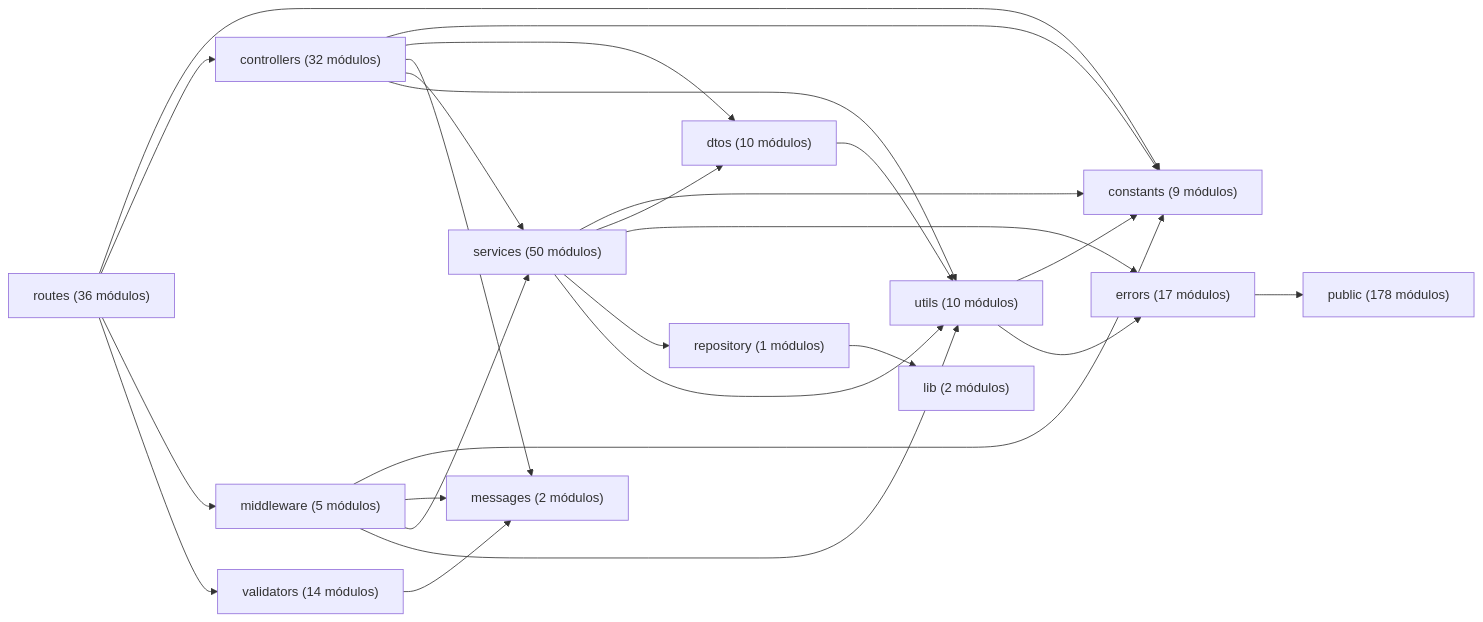
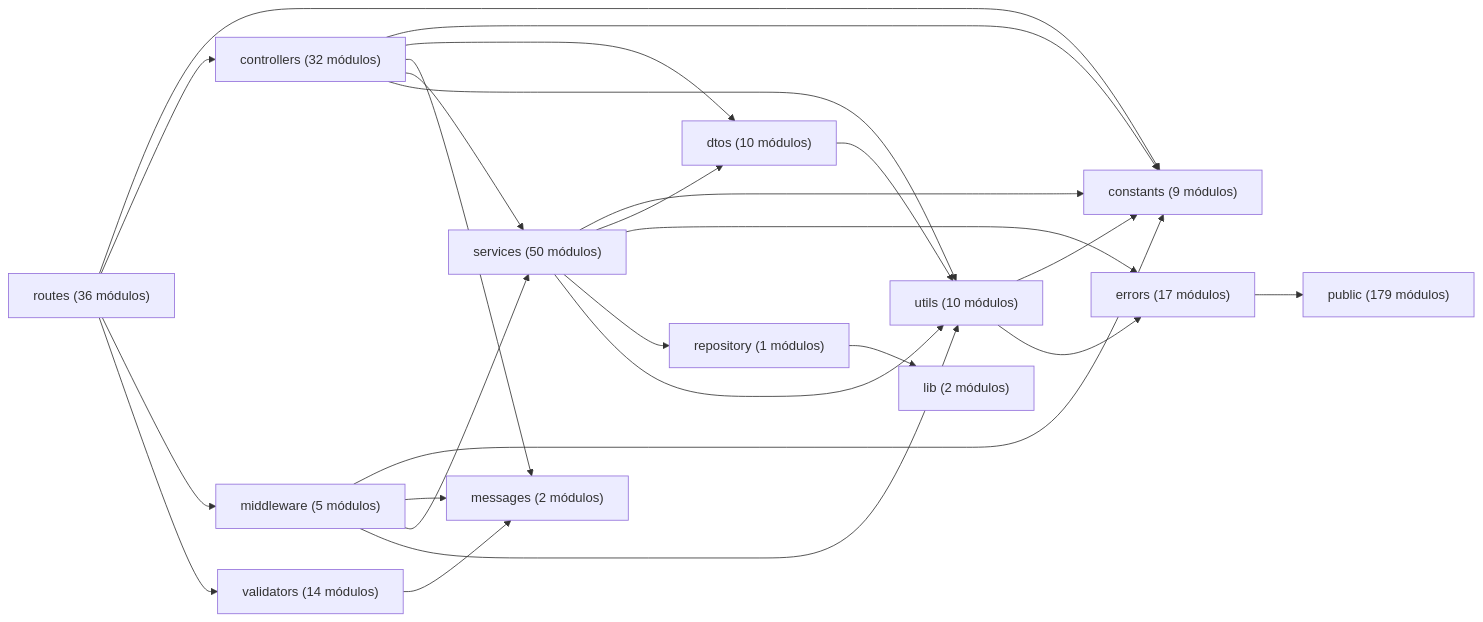
Before and after one commit to gpgsistemas01/nexus: the diagram in docs/generated/code-map.md, drawn with Mermaid. The commit also changed 6 other files, not shown here.

````diff
--- a/docs/generated/code-map.md
+++ b/docs/generated/code-map.md
@@ -15,27 +15,27 @@
 ```mermaid
 flowchart LR
     controllers["controllers (32 módulos)"] --> constants["constants (9 módulos)"]
     controllers["controllers (32 módulos)"] --> dtos["dtos (10 módulos)"]
     controllers["controllers (32 módulos)"] --> messages["messages (2 módulos)"]
     controllers["controllers (32 módulos)"] --> services["services (50 módulos)"]
     controllers["controllers (32 módulos)"] --> utils["utils (10 módulos)"]
     dtos["dtos (10 módulos)"] --> utils["utils (10 módulos)"]
-    errors["errors (17 módulos)"] --> public["public (178 módulos)"]
+    errors["errors (17 módulos)"] --> public["public (179 módulos)"]
     middleware["middleware (5 módulos)"] --> constants["constants (9 módulos)"]
     middleware["middleware (5 módulos)"] --> messages["messages (2 módulos)"]
     middleware["middleware (5 módulos)"] --> services["services (50 módulos)"]
     middleware["middleware (5 módulos)"] --> utils["utils (10 módulos)"]
     repository["repository (1 módulos)"] --> lib["lib (2 módulos)"]
     routes["routes (36 módulos)"] --> constants["constants (9 módulos)"]
     routes["routes (36 módulos)"] --> controllers["controllers (32 módulos)"]
     routes["routes (36 módulos)"] --> middleware["middleware (5 módulos)"]
     routes["routes (36 módulos)"] --> validators["validators (14 módulos)"]
     services["services (50 módulos)"] --> constants["constants (9 módulos)"]
     services["services (50 módulos)"] --> dtos["dtos (10 módulos)"]
     services["services (50 módulos)"] --> errors["errors (17 módulos)"]
     services["services (50 módulos)"] --> repository["repository (1 módulos)"]
     services["services (50 módulos)"] --> utils["utils (10 módulos)"]
     utils["utils (10 módulos)"] --> constants["constants (9 módulos)"]
     utils["utils (10 módulos)"] --> errors["errors (17 módulos)"]
     validators["validators (14 módulos)"] --> messages["messages (2 módulos)"]
 ```
````
